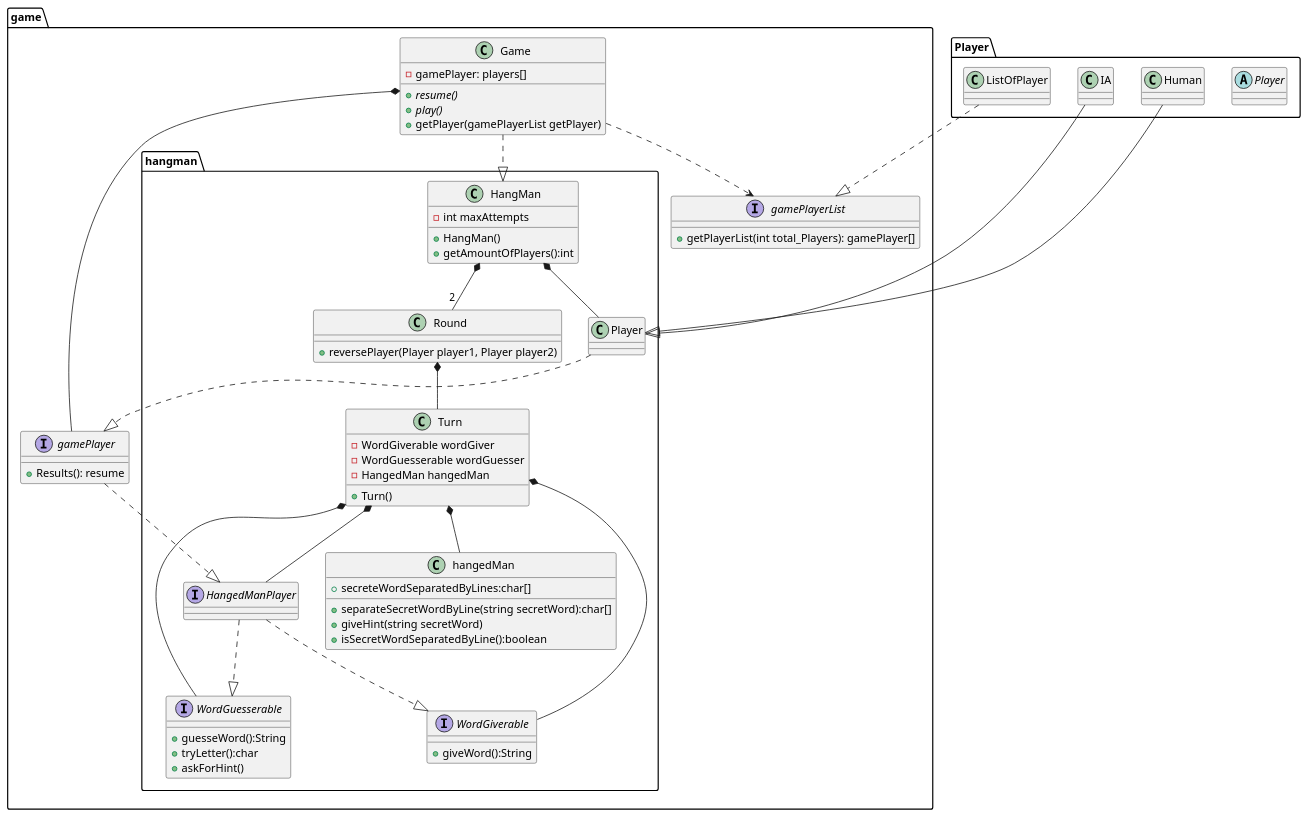
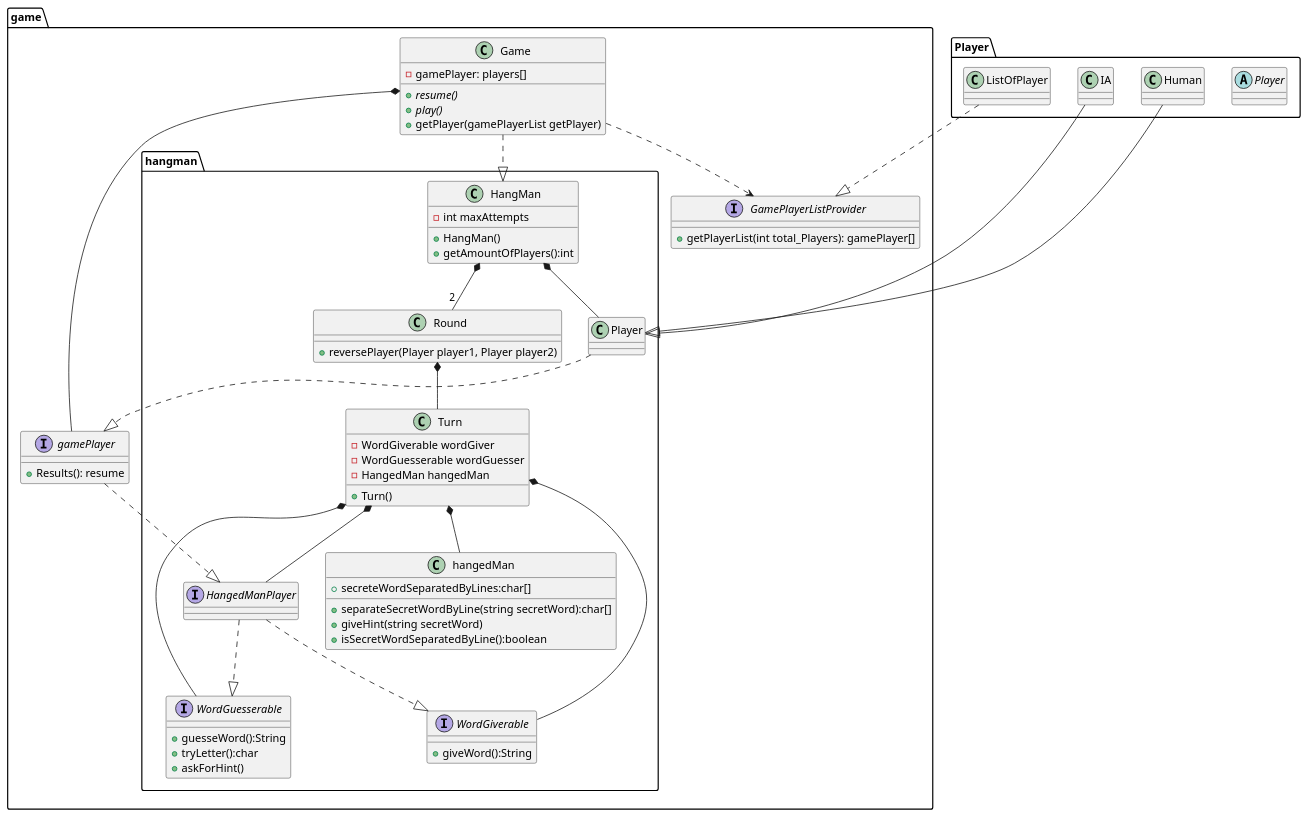
Before and after one commit to sergiomendez2/newworkspacecodinggame: the diagram in docs/classdiagram/hangmanClassDiagram.puml, drawn with PlantUML. The commit also changed 11 other files, not shown here.

```diff
--- a/docs/classdiagram/hangmanClassDiagram.puml
+++ b/docs/classdiagram/hangmanClassDiagram.puml
@@ -1,83 +1,83 @@
 @startuml
 package Player {
 abstract Player{}
 class ListOfPlayer{}
 class IA
 class Human
 }
 package game {
 
 interface gamePlayer{
         +Results(): resume
     }
     class Game {
         -gamePlayer: players[]
         +{abstract} resume()
         +{abstract} play()
         +getPlayer(gamePlayerList getPlayer)
     }
-    interface gamePlayerList{
+    interface GamePlayerListProvider{
             +getPlayerList(int total_Players): gamePlayer[]
     }
 
 package hangman{
 class hangedMan{
 +secreteWordSeparatedByLines:char[]
 +separateSecretWordByLine(string secretWord):char[]
 +giveHint(string secretWord)
 +isSecretWordSeparatedByLine():boolean
 }
 Interface HangedManPlayer
     class HangMan{
         +HangMan()
         +getAmountOfPlayers():int
         -int maxAttempts
     }
 
     class Round{
     +reversePlayer(Player player1, Player player2)
     }
     class Turn{
         -WordGiverable wordGiver
         -WordGuesserable wordGuesser
         -HangedMan hangedMan
         +Turn()
     }
 
     interface WordGiverable{
         +giveWord():String
     }
 
     interface WordGuesserable{
         +guesseWord():String
         +tryLetter():char
         +askForHint()
     }
 
     HangedManPlayer ..|> WordGiverable
     HangedManPlayer ..|> WordGuesserable
 
     Turn *-- WordGiverable
     Turn *-- WordGuesserable
     Turn *-- hangedMan
     Round *-- Turn
     HangMan *-- Player
     HangMan *-- "2" Round
 
 
 
 
 gamePlayer..|> HangedManPlayer
 Player ..|> gamePlayer
-ListOfPlayer ..|> gamePlayerList
-Game..>gamePlayerList
+ListOfPlayer ..|> GamePlayerListProvider
+Game..>GamePlayerListProvider
 Game..|>HangMan
 Game*--gamePlayer
 IA--|>Player
 Human--|>Player
 Turn*--HangedManPlayer
 
 
 }
 }
 @enduml
```
